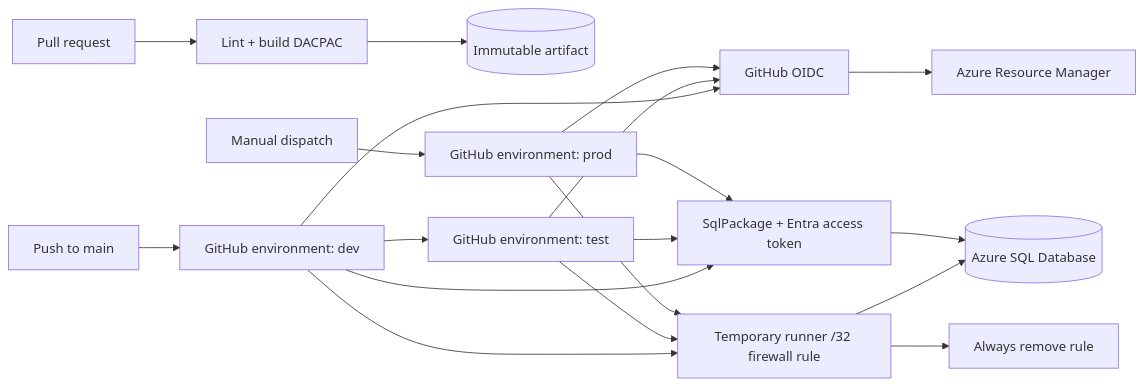
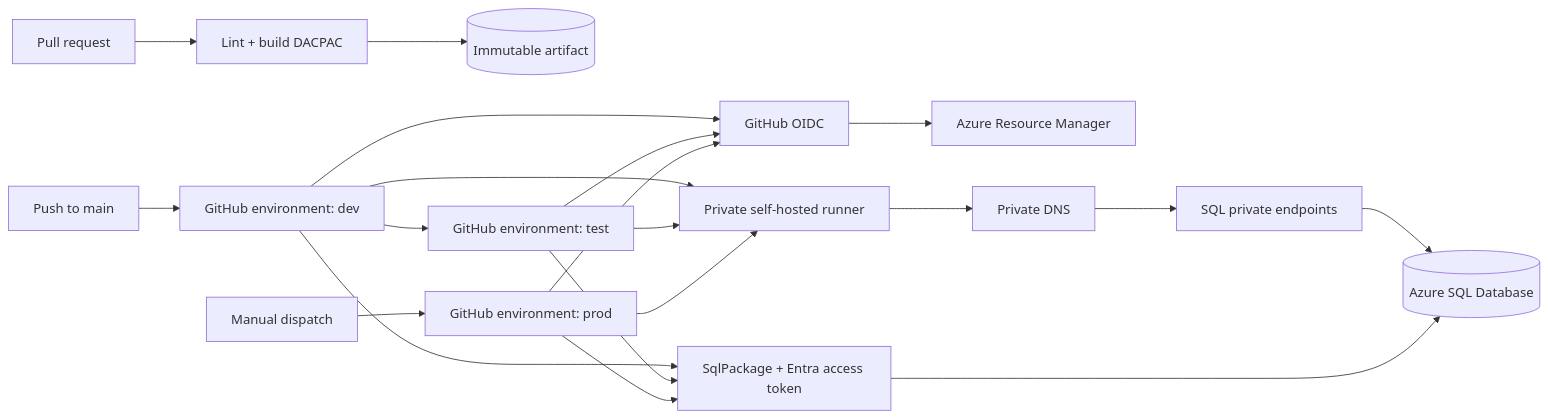
One commit to regshih/azure-sql-dacpac-cicd changed the diagram in README.md. Above: the diagram before and after it, drawn with Mermaid. The commit also changed other lines of this file and 13 other files, not shown here.

Commit message:
Add private runner for Azure SQL deployments (#6)

````diff
--- a/README.md
+++ b/README.md
@@ -7,15 +7,16 @@
 ```mermaid
 flowchart LR
   PR[Pull request] --> CI[Lint + build DACPAC]
   CI --> A[(Immutable artifact)]
   MAIN[Push to main] --> DEV[GitHub environment: dev]
   DEV --> TEST[GitHub environment: test]
   DISPATCH[Manual dispatch] --> PROD[GitHub environment: prod]
   DEV & TEST & PROD --> OIDC[GitHub OIDC]
   OIDC --> ARM[Azure Resource Manager]
-  DEV & TEST & PROD --> FW[Temporary runner /32 firewall rule]
-  FW --> SQL[(Azure SQL Database)]
+  DEV & TEST & PROD --> RUNNER[Private self-hosted runner]
+  RUNNER --> DNS[Private DNS]
+  DNS --> PE[SQL private endpoints]
+  PE --> SQL[(Azure SQL Database)]
   DEV & TEST & PROD --> PKG[SqlPackage + Entra access token]
   PKG --> SQL
-  FW --> CLEAN[Always remove rule]
 ```
````
